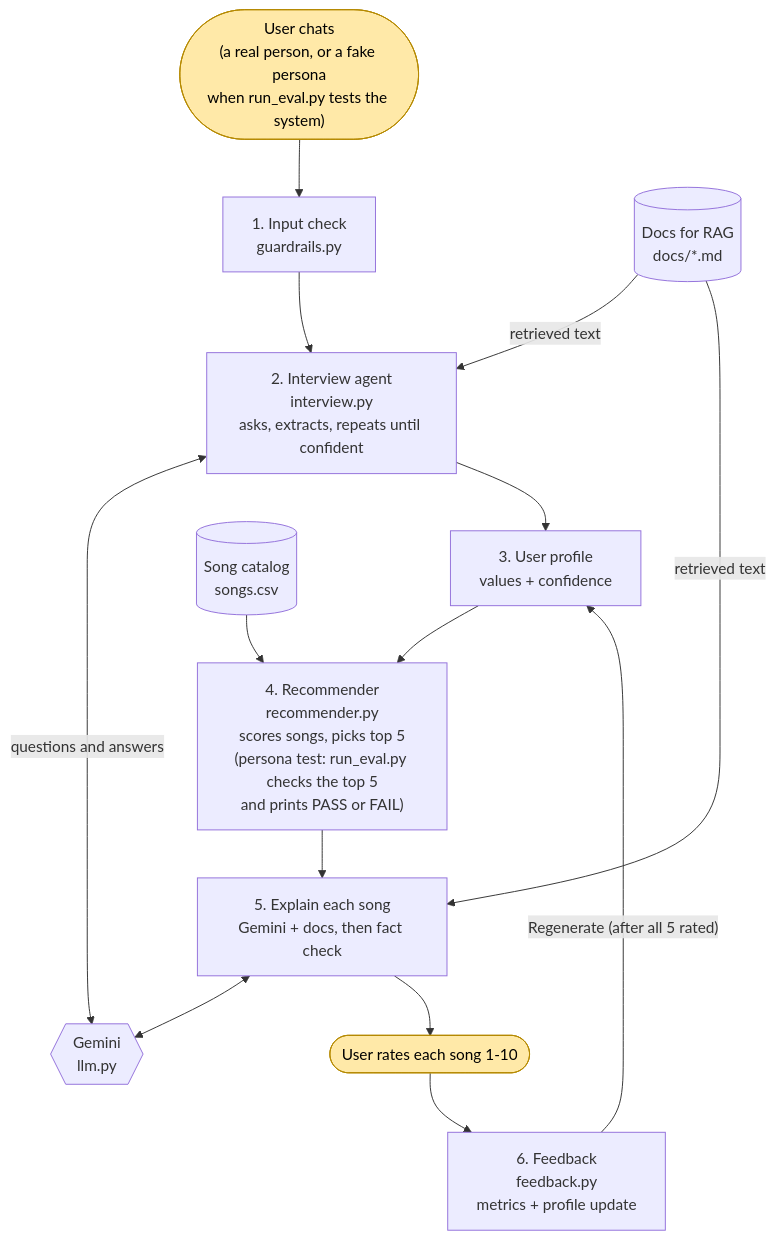
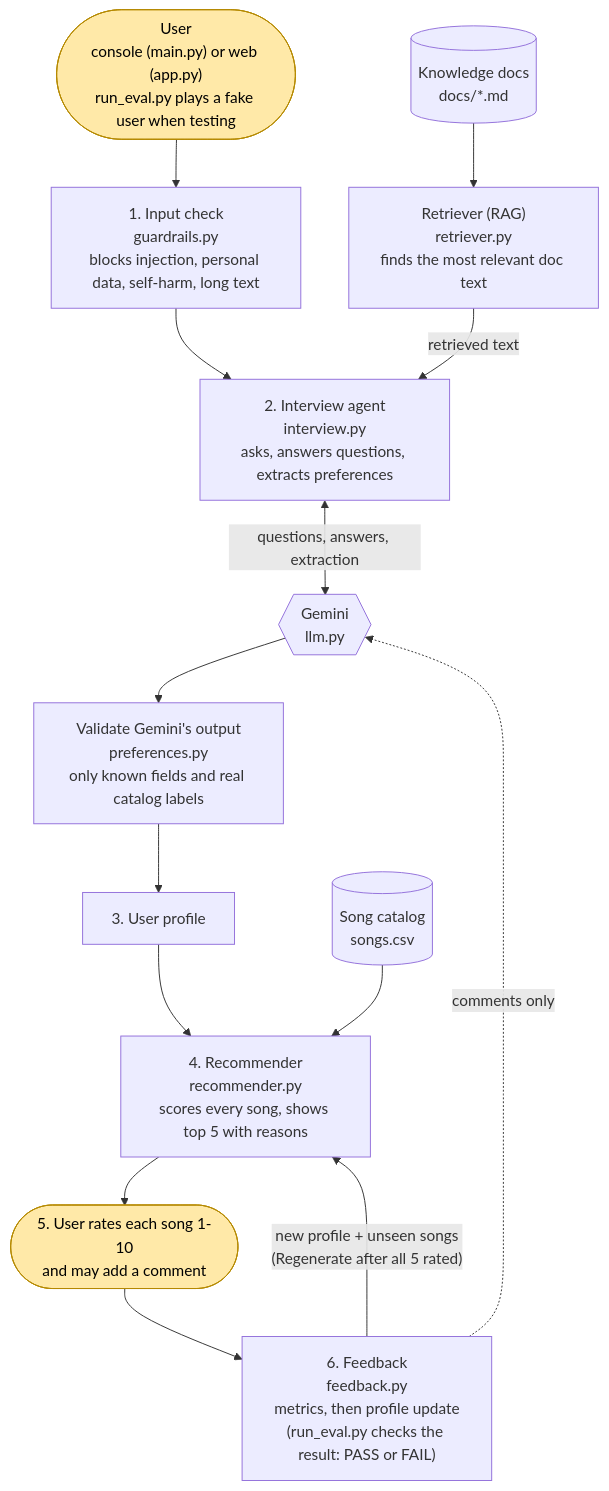
Before and after one commit to axb157030/applied-ai-system-project-music-recommender: the diagram in diagrams/system_architecture.mmd, drawn with Mermaid. The commit also changed 36 other files, not shown here.

```diff
--- a/diagrams/system_architecture.mmd
+++ b/diagrams/system_architecture.mmd
@@ -1,31 +1,32 @@
 %% Main system flow - Gemini Music Recommender
 %% Preview: https://mermaid.live or a Mermaid extension in VS Code.
 %% Must match the code. If a module changes, update this file.
-%% Testing is shown inside boxes A and 4, not as a separate block.
+%% Yellow = a human is involved. Gemini only writes and reads language; code does all scoring and number updates.
 flowchart TD
-    A(["User chats<br/>(a real person, or a fake persona<br/>when run_eval.py tests the system)"]):::human
-    B["1. Input check<br/>guardrails.py"]
-    C["2. Interview agent<br/>interview.py<br/>asks, extracts, repeats until confident"]
-    D[("Docs for RAG<br/>docs/*.md")]
+    A(["User<br/>console (main.py) or web (app.py)<br/>run_eval.py plays a fake user when testing"]):::human
+    B["1. Input check<br/>guardrails.py<br/>blocks injection, personal data, self-harm, long text"]
+    C["2. Interview agent<br/>interview.py<br/>asks, answers questions, extracts preferences"]
+    DOCS[("Knowledge docs<br/>docs/*.md")]
+    D["Retriever (RAG)<br/>retriever.py<br/>finds the most relevant doc text"]
     E{{"Gemini<br/>llm.py"}}
-    F["3. User profile<br/>values + confidence"]
+    V["Validate Gemini's output<br/>preferences.py<br/>only known fields and real catalog labels"]
+    F["3. User profile"]
     G[("Song catalog<br/>songs.csv")]
-    H["4. Recommender<br/>recommender.py<br/>scores songs, picks top 5<br/>(persona test: run_eval.py checks the top 5<br/>and prints PASS or FAIL)"]
-    I["5. Explain each song<br/>Gemini + docs, then fact check"]
-    J([User rates each song 1-10]):::human
-    K["6. Feedback<br/>feedback.py<br/>metrics + profile update"]
+    H["4. Recommender<br/>recommender.py<br/>scores every song, shows top 5 with reasons"]
+    J([5. User rates each song 1-10<br/>and may add a comment]):::human
+    K["6. Feedback<br/>feedback.py<br/>metrics, then profile update<br/>(run_eval.py checks the result: PASS or FAIL)"]
 
     A --> B --> C
+    DOCS --> D
     D -->|retrieved text| C
-    C <-->|questions and answers| E
-    C --> F
+    C <-->|questions, answers, extraction| E
+    E --> V
+    V --> F
     F --> H
     G --> H
-    H --> I
-    D -->|retrieved text| I
-    I <--> E
-    I --> J
+    H --> J
     J --> K
-    K -->|"Regenerate (after all 5 rated)"| F
+    K -->|"new profile + unseen songs<br/>(Regenerate after all 5 rated)"| H
+    K -.->|"comments only"| E
 
     classDef human fill:#ffe9a8,stroke:#b58900,color:#000
```
